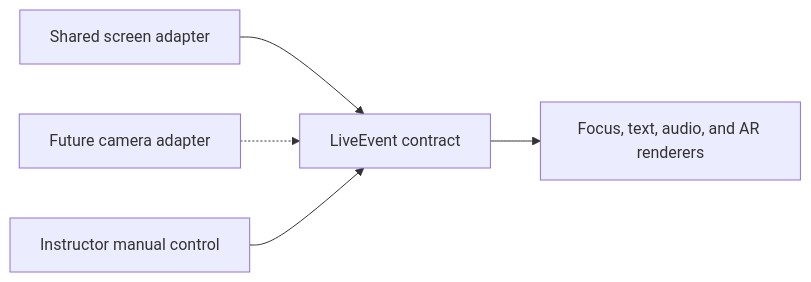
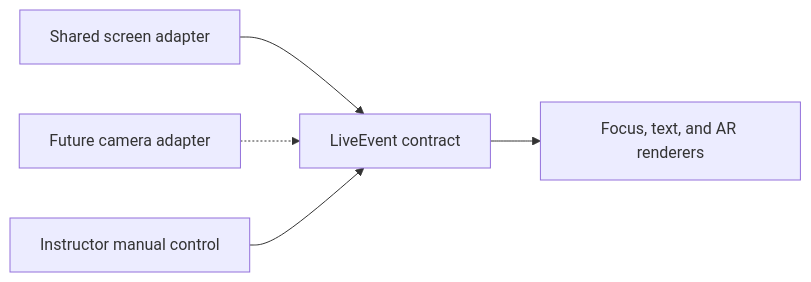
Before and after one commit to anurupkumar18/AccessLens: the third of 3 diagrams in docs/SYSTEM_DESIGN.md, drawn with Mermaid. The commit also changed other lines of this file and 20 other files, not shown here.

````diff
--- a/docs/SYSTEM_DESIGN.md
+++ b/docs/SYSTEM_DESIGN.md
@@ -385,7 +385,7 @@
 ```mermaid
 flowchart LR
     Share["Shared screen adapter"] --> Event["LiveEvent contract"]
     Camera["Future camera adapter"] -.-> Event
     Manual["Instructor manual control"] --> Event
-    Event --> Students["Focus, text, audio, and AR renderers"]
+    Event --> Students["Focus, text, and AR renderers"]
 ```
````
